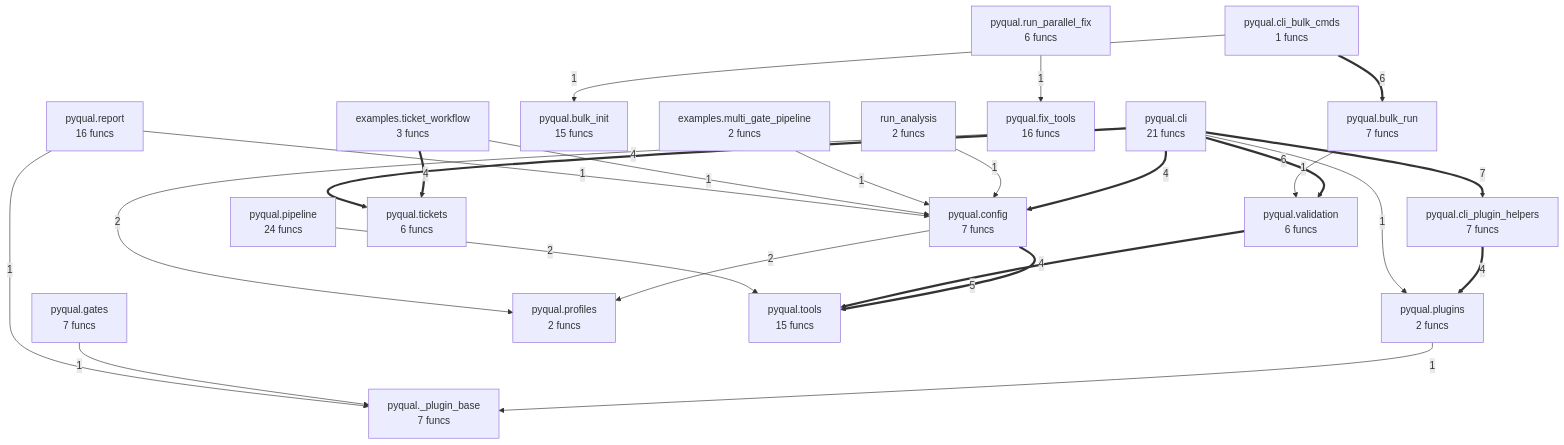
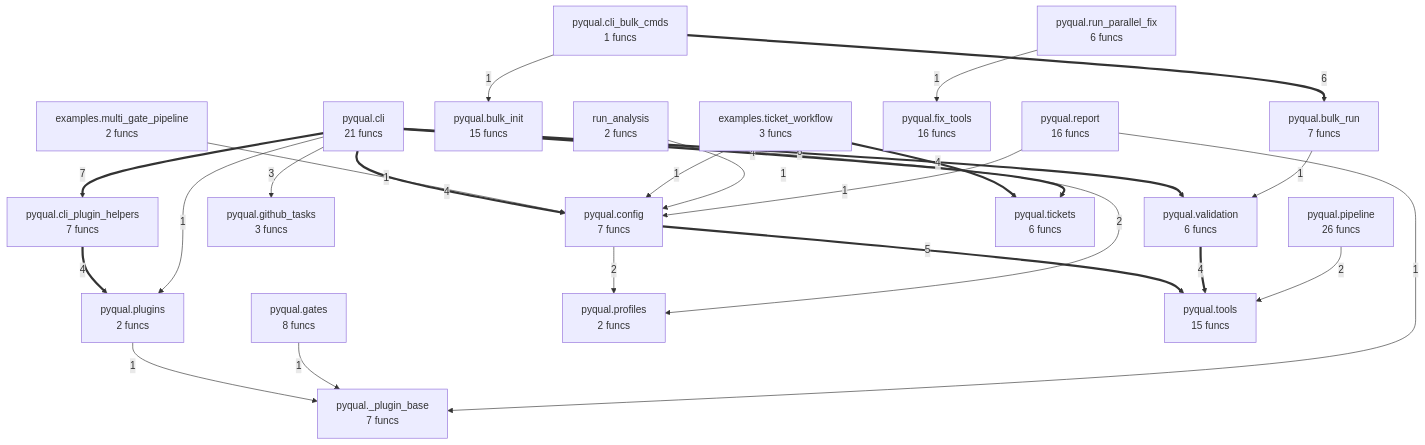
Before and after one commit to semcod/pyqual: the diagram in project/compact_flow.mmd, drawn with Mermaid. The commit also changed 41 other files, not shown here.

```diff
--- a/project/compact_flow.mmd
+++ b/project/compact_flow.mmd
@@ -1,44 +1,46 @@
 flowchart TD
     examples__multi_gate_pipeline["examples.multi_gate_pipeline<br/>2 funcs"]
     examples__ticket_workflow["examples.ticket_workflow<br/>3 funcs"]
     pyqual___plugin_base["pyqual._plugin_base<br/>7 funcs"]
     pyqual__bulk_init["pyqual.bulk_init<br/>15 funcs"]
     pyqual__bulk_run["pyqual.bulk_run<br/>7 funcs"]
     pyqual__cli["pyqual.cli<br/>21 funcs"]
     pyqual__cli_bulk_cmds["pyqual.cli_bulk_cmds<br/>1 funcs"]
     pyqual__cli_plugin_helpers["pyqual.cli_plugin_helpers<br/>7 funcs"]
     pyqual__config["pyqual.config<br/>7 funcs"]
     pyqual__fix_tools["pyqual.fix_tools<br/>16 funcs"]
-    pyqual__gates["pyqual.gates<br/>7 funcs"]
-    pyqual__pipeline["pyqual.pipeline<br/>24 funcs"]
+    pyqual__gates["pyqual.gates<br/>8 funcs"]
+    pyqual__github_tasks["pyqual.github_tasks<br/>3 funcs"]
+    pyqual__pipeline["pyqual.pipeline<br/>26 funcs"]
     pyqual__plugins["pyqual.plugins<br/>2 funcs"]
     pyqual__profiles["pyqual.profiles<br/>2 funcs"]
     pyqual__report["pyqual.report<br/>16 funcs"]
     pyqual__run_parallel_fix["pyqual.run_parallel_fix<br/>6 funcs"]
     pyqual__tickets["pyqual.tickets<br/>6 funcs"]
     pyqual__tools["pyqual.tools<br/>15 funcs"]
     pyqual__validation["pyqual.validation<br/>6 funcs"]
     run_analysis["run_analysis<br/>2 funcs"]
     pyqual__cli ==>|7| pyqual__cli_plugin_helpers
     pyqual__cli ==>|6| pyqual__validation
     pyqual__cli_bulk_cmds ==>|6| pyqual__bulk_run
     pyqual__config ==>|5| pyqual__tools
     examples__ticket_workflow ==>|4| pyqual__tickets
     pyqual__cli ==>|4| pyqual__config
     pyqual__cli ==>|4| pyqual__tickets
     pyqual__cli_plugin_helpers ==>|4| pyqual__plugins
     pyqual__validation ==>|4| pyqual__tools
+    pyqual__cli -->|3| pyqual__github_tasks
     pyqual__config -->|2| pyqual__profiles
     pyqual__cli -->|2| pyqual__profiles
     pyqual__pipeline -->|2| pyqual__tools
-    run_analysis -->|1| pyqual__config
     examples__multi_gate_pipeline -->|1| pyqual__config
     examples__ticket_workflow -->|1| pyqual__config
+    run_analysis -->|1| pyqual__config
     pyqual__plugins -->|1| pyqual___plugin_base
+    pyqual__gates -->|1| pyqual___plugin_base
     pyqual__cli -->|1| pyqual__plugins
-    pyqual__gates -->|1| pyqual___plugin_base
     pyqual__cli_bulk_cmds -->|1| pyqual__bulk_init
     pyqual__run_parallel_fix -->|1| pyqual__fix_tools
+    pyqual__bulk_run -->|1| pyqual__validation
     pyqual__report -->|1| pyqual___plugin_base
     pyqual__report -->|1| pyqual__config
-    pyqual__bulk_run -->|1| pyqual__validation
```
